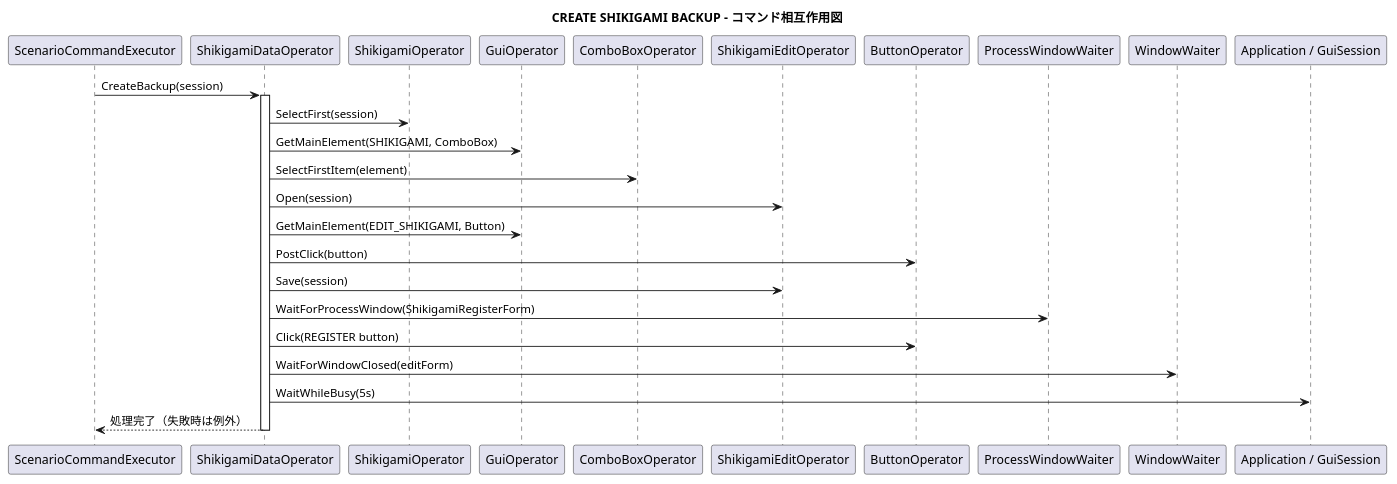
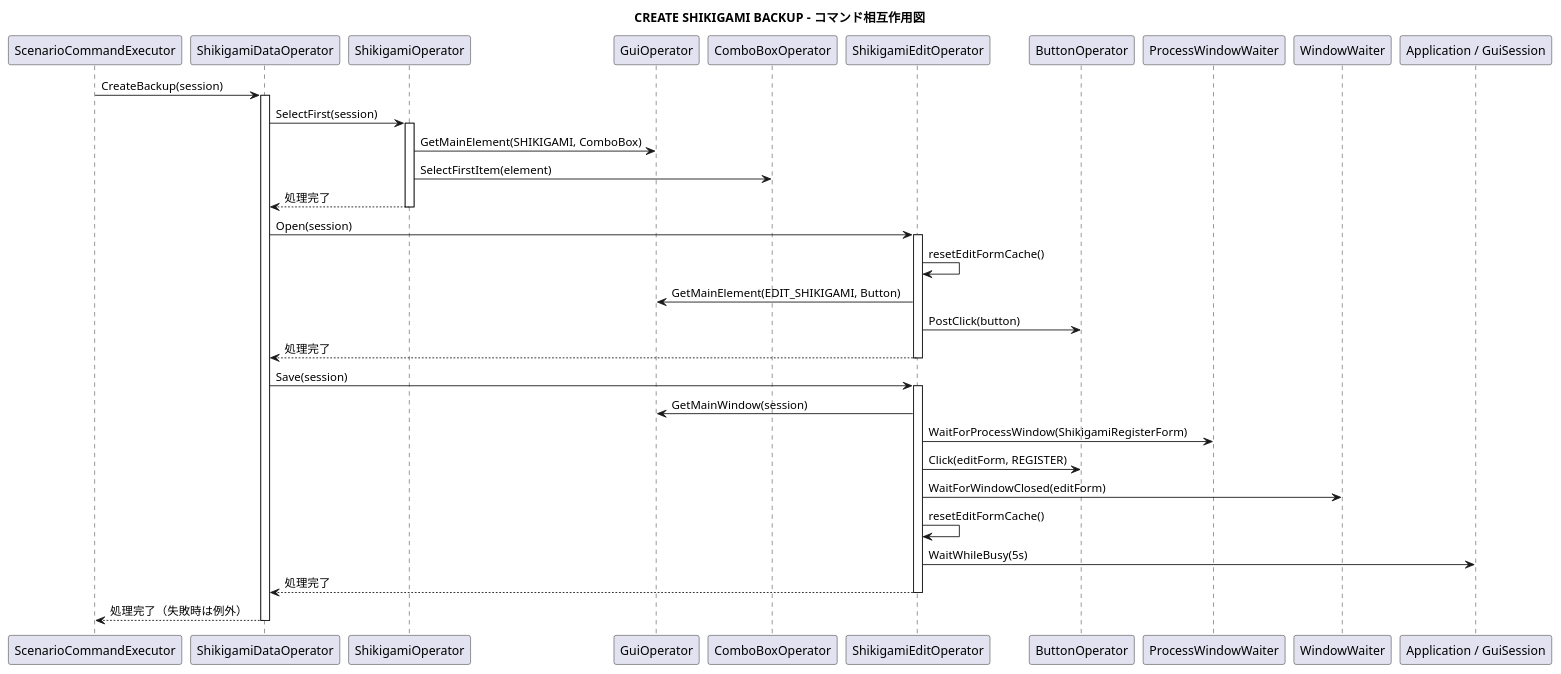
The diagram in Document/ScenarioRunner/Diagram/CommandInteraction/ShikigamiData/CreateShikigamiBackup.wsd (Staraptor0398/ShikigamiStatusCalculator), drawn with PlantUML before and after one commit. The commit also changed 7 other files, not shown here.

Commit message:
Fix Scenario Runner interaction diagrams to match implementation

```diff
--- a/Document/ScenarioRunner/Diagram/CommandInteraction/ShikigamiData/CreateShikigamiBackup.wsd
+++ b/Document/ScenarioRunner/Diagram/CommandInteraction/ShikigamiData/CreateShikigamiBackup.wsd
@@ -1,32 +1,50 @@
 @startuml
 title CREATE SHIKIGAMI BACKUP - コマンド相互作用図
 skinparam responseMessageBelowArrow true
 ' Source: ScenarioRunner.Engine/Execution/ScenarioCommandExecutor.cs
 ' Source: ScenarioRunner.Engine/Automation/Operator/Feature/ShikigamiDataOperator.cs
+' Source: ScenarioRunner.Engine/Automation/Operator/Feature/ShikigamiOperator.cs
+' Source: ScenarioRunner.Engine/Automation/Operator/Feature/ShikigamiEditOperator.cs
 participant "ScenarioCommandExecutor" as EX
 participant "ShikigamiDataOperator" as O
 participant "ShikigamiOperator" as SO
 participant "GuiOperator" as GO
 participant "ComboBoxOperator" as CO
 participant "ShikigamiEditOperator" as EO
 participant "ButtonOperator" as BO
 participant "ProcessWindowWaiter" as PW
 participant "WindowWaiter" as WW
 participant "Application / GuiSession" as APP
 
 EX -> O : CreateBackup(session)
 activate O
+
 O -> SO : SelectFirst(session)
-O -> GO : GetMainElement(SHIKIGAMI, ComboBox)
-O -> CO : SelectFirstItem(element)
+activate SO
+SO -> GO : GetMainElement(SHIKIGAMI, ComboBox)
+SO -> CO : SelectFirstItem(element)
+SO --> O : 処理完了
+deactivate SO
+
 O -> EO : Open(session)
-O -> GO : GetMainElement(EDIT_SHIKIGAMI, Button)
-O -> BO : PostClick(button)
+activate EO
+EO -> EO : resetEditFormCache()
+EO -> GO : GetMainElement(EDIT_SHIKIGAMI, Button)
+EO -> BO : PostClick(button)
+EO --> O : 処理完了
+deactivate EO
+
 O -> EO : Save(session)
-O -> PW : WaitForProcessWindow(ShikigamiRegisterForm)
-O -> BO : Click(REGISTER button)
-O -> WW : WaitForWindowClosed(editForm)
-O -> APP : WaitWhileBusy(5s)
+activate EO
+EO -> GO : GetMainWindow(session)
+EO -> PW : WaitForProcessWindow(ShikigamiRegisterForm)
+EO -> BO : Click(editForm, REGISTER)
+EO -> WW : WaitForWindowClosed(editForm)
+EO -> EO : resetEditFormCache()
+EO -> APP : WaitWhileBusy(5s)
+EO --> O : 処理完了
+deactivate EO
+
 O --> EX : 処理完了（失敗時は例外）
 deactivate O
 @enduml
```
